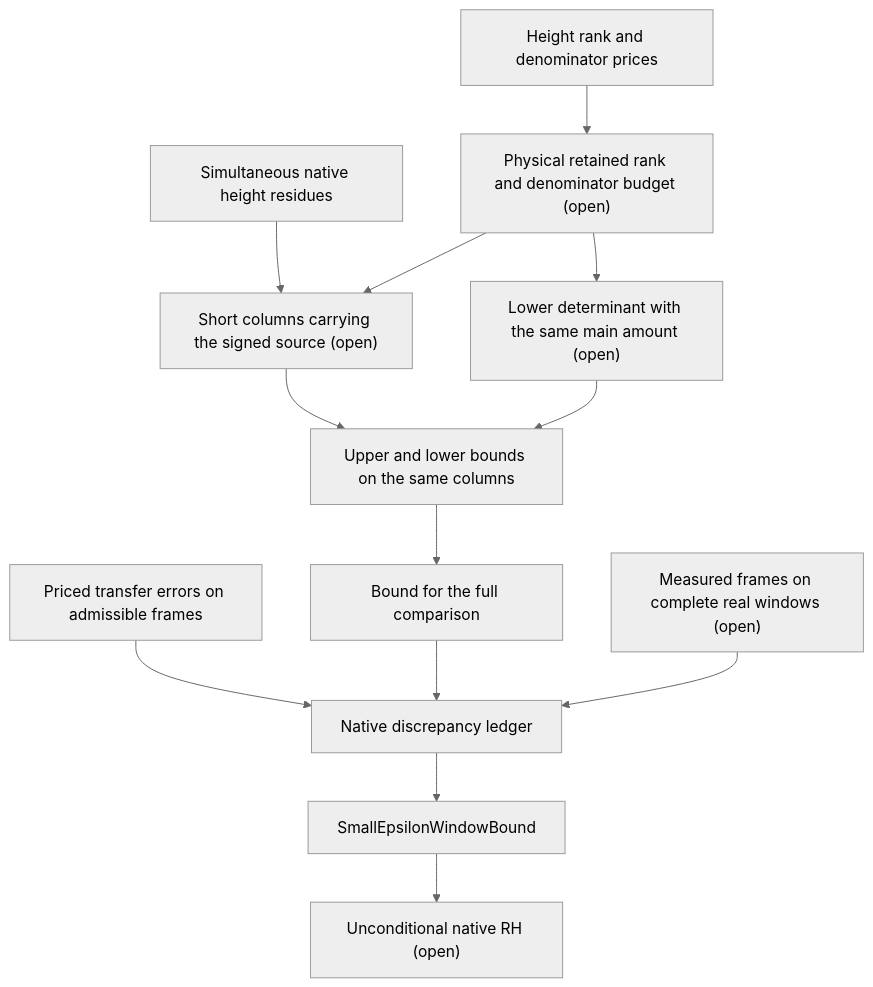
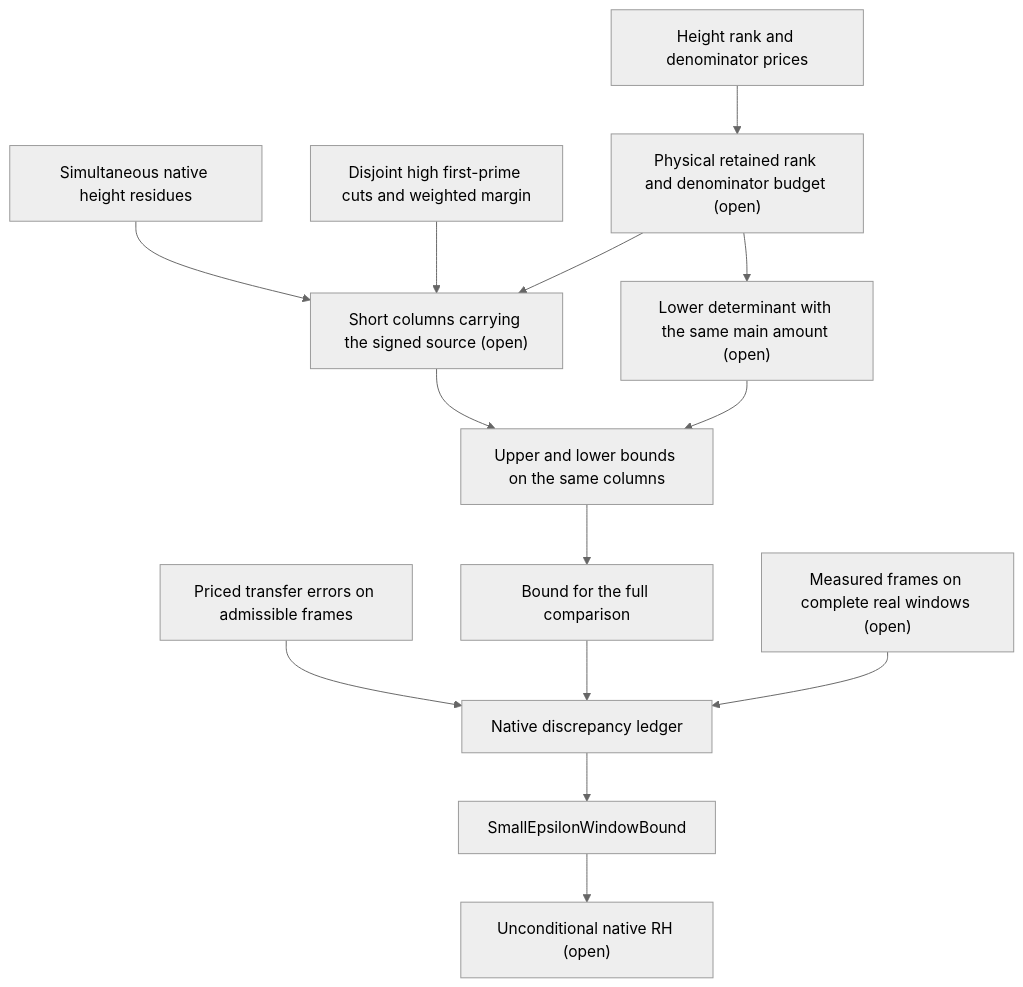
The diagram in research/NATIVE_QUANTITATIVE_DISCREPANCY_LEDGER_20261125.md (OVVO-Financial/RH_Lean), drawn with Mermaid (neutral theme) before and after one commit. The commit also changed other lines of this file and 4 other files, not shown here.

Commit message:
Match distinct high first primes at one measured width and price their signed difference

````diff
--- a/research/NATIVE_QUANTITATIVE_DISCREPANCY_LEDGER_20261125.md
+++ b/research/NATIVE_QUANTITATIVE_DISCREPANCY_LEDGER_20261125.md
@@ -332,15 +351,16 @@
 ```mermaid
 flowchart TD
     R["Simultaneous native height residues"] --> A["Short columns carrying the signed source (open)"]
     K["Height rank and denominator prices"] --> B["Physical retained rank and denominator budget (open)"]
+    P["Disjoint high first-prime cuts and weighted margin"] --> A
     B --> A
     B --> C["Lower determinant with the same main amount (open)"]
     A --> S["Upper and lower bounds on the same columns"]
     C --> S
     S --> E["Bound for the full comparison"]
     D["Priced transfer errors on admissible frames"] --> F["Native discrepancy ledger"]
     E --> F
     W["Measured frames on complete real windows (open)"] --> F
     F --> H["SmallEpsilonWindowBound"]
     H --> Z["Unconditional native RH (open)"]
 ```
````
